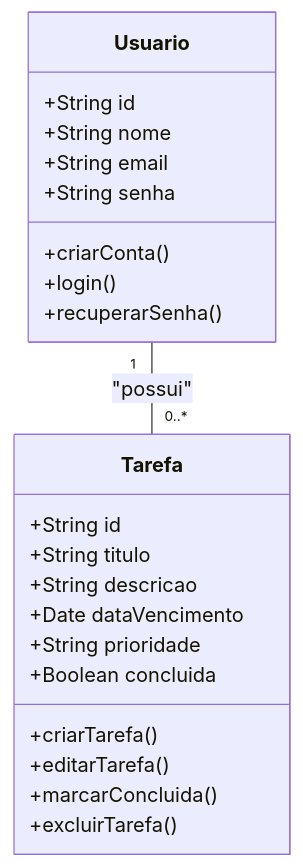
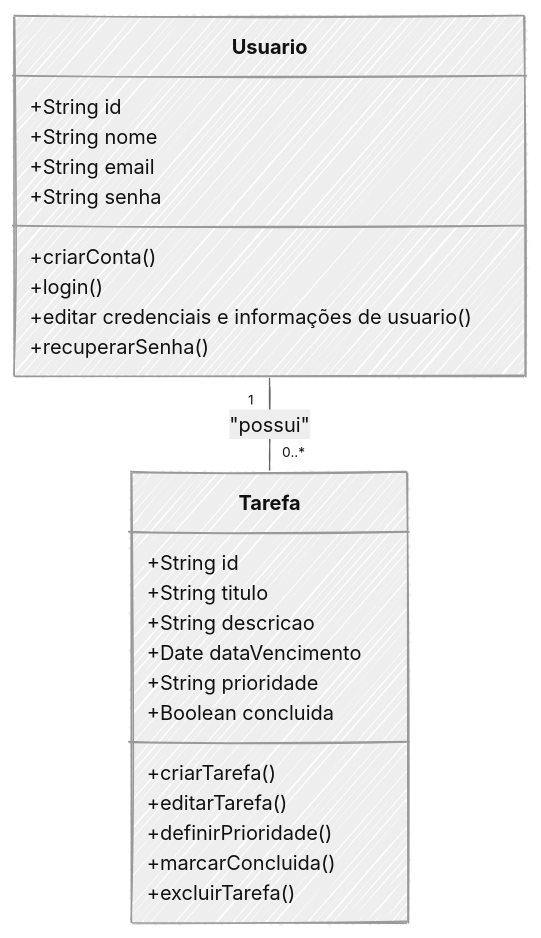
Before and after one commit to MestreWalla/SENAI_SEMESTRE_4: the first of 4 diagrams in NodeJS/projetoToDoList/README.md, drawn with Mermaid. The commit also changed other lines of this file, not shown here.

````diff
--- a/NodeJS/projetoToDoList/README.md
+++ b/NodeJS/projetoToDoList/README.md
@@ -124,27 +124,34 @@
 ```mermaid
+---
+config:
+  look: handDrawn
+  theme: neutral
+---
 classDiagram
     class Usuario {
         +String id
         +String nome
         +String email
         +String senha
         +criarConta()
         +login()
+        +editar credenciais e informações de usuario()
         +recuperarSenha()
     }
 
     class Tarefa {
         +String id
         +String titulo
         +String descricao
         +Date dataVencimento
         +String prioridade
         +Boolean concluida
         +criarTarefa()
         +editarTarefa()
+        +definirPrioridade()
         +marcarConcluida()
         +excluirTarefa()
     }
 
     Usuario "1" -- "0..*" Tarefa : "possui"
 ```
````
